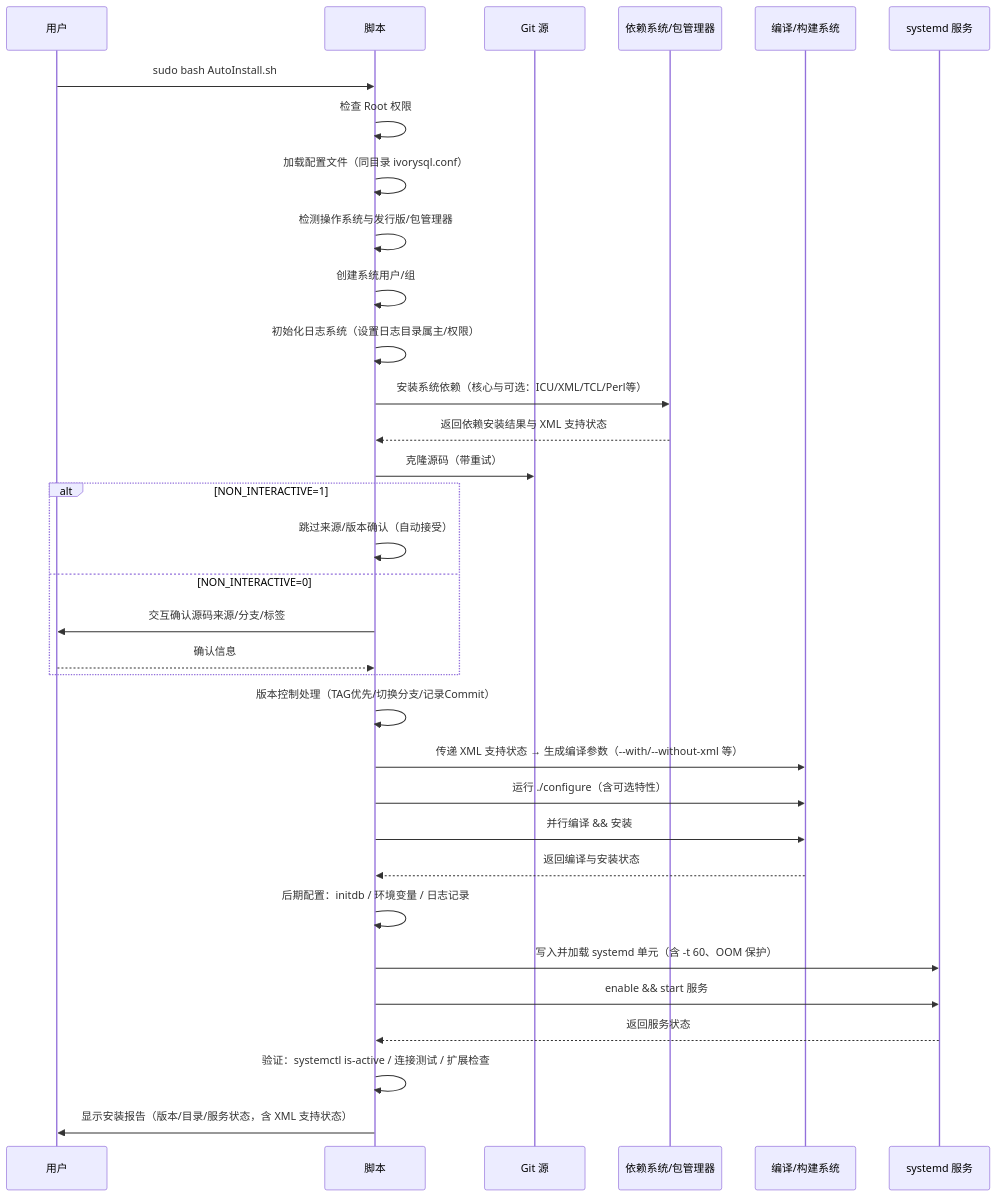
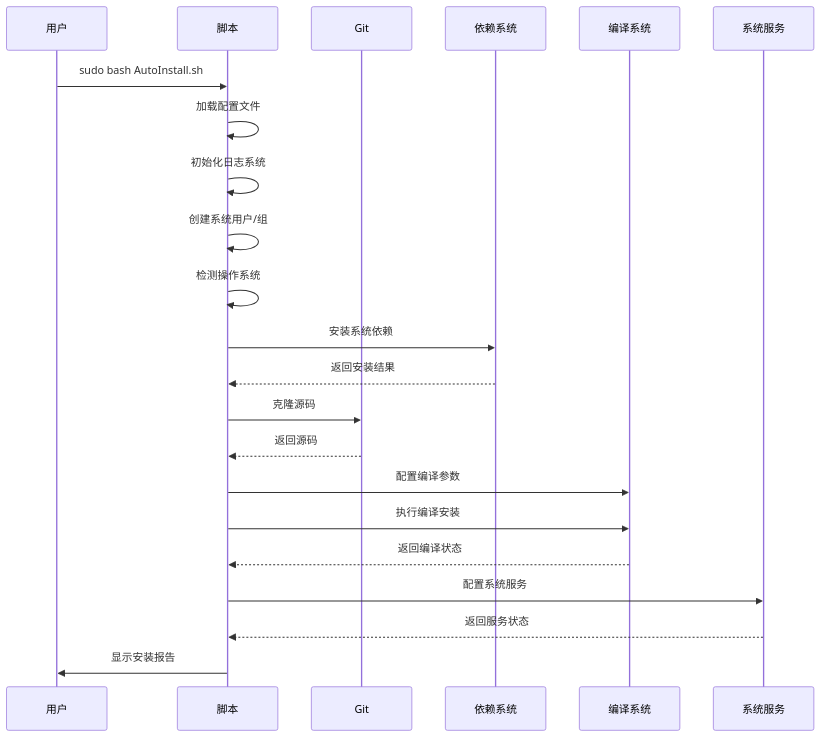
The fourth of 4 diagrams in README.md (yangchunwanwusheng/IvorySQL-AutoInstaller), drawn with Mermaid before and after one commit. The commit also changed other lines of this file, not shown here.

````diff
--- a/README.md
+++ b/README.md
@@ -1117,41 +1070,25 @@
 ```mermaid
 sequenceDiagram
     participant U as 用户
     participant S as 脚本
-    participant G as Git 源
-    participant D as 依赖系统/包管理器
-    participant C as 编译/构建系统
-    participant Sys as systemd 服务
+    participant G as Git
+    participant D as 依赖系统
+    participant C as 编译系统
+    participant Sys as 系统服务
 
     U->>S: sudo bash AutoInstall.sh
-    S->>S: 检查 Root 权限
-    S->>S: 加载配置文件（同目录 ivorysql.conf）
-    S->>S: 检测操作系统与发行版/包管理器
+    S->>S: 加载配置文件
+    S->>S: 初始化日志系统
     S->>S: 创建系统用户/组
-    S->>S: 初始化日志系统（设置日志目录属主/权限）
-    S->>D: 安装系统依赖（核心与可选：ICU/XML/TCL/Perl等）
-    D-->>S: 返回依赖安装结果与 XML 支持状态
-
-    S->>G: 克隆源码（带重试）
-    alt NON_INTERACTIVE=1
-        S->>S: 跳过来源/版本确认（自动接受）
-    else NON_INTERACTIVE=0
-        S->>U: 交互确认源码来源/分支/标签
-        U-->>S: 确认信息
-    end
-
-    S->>S: 版本控制处理（TAG优先/切换分支/记录Commit）
-    S->>C: 传递 XML 支持状态 → 生成编译参数（--with/--without-xml 等）
-    S->>C: 运行 ./configure（含可选特性）
-    S->>C: 并行编译 && 安装
-    C-->>S: 返回编译与安装状态
-
-    S->>S: 后期配置：initdb / 环境变量 / 日志记录
-    S->>Sys: 写入并加载 systemd 单元（含 -t 60、OOM 保护）
-    S->>Sys: enable && start 服务
+    S->>S: 检测操作系统
+    S->>D: 安装系统依赖
+    D-->>S: 返回安装结果
+    S->>G: 克隆源码
+    G-->>S: 返回源码
+    S->>C: 配置编译参数
+    S->>C: 执行编译安装
+    C-->>S: 返回编译状态
+    S->>Sys: 配置系统服务
     Sys-->>S: 返回服务状态
-
-    S->>S: 验证：systemctl is-active / 连接测试 / 扩展检查
-    S->>U: 显示安装报告（版本/目录/服务状态，含 XML 支持状态）
-
+    S->>U: 显示安装报告
 ```
````
